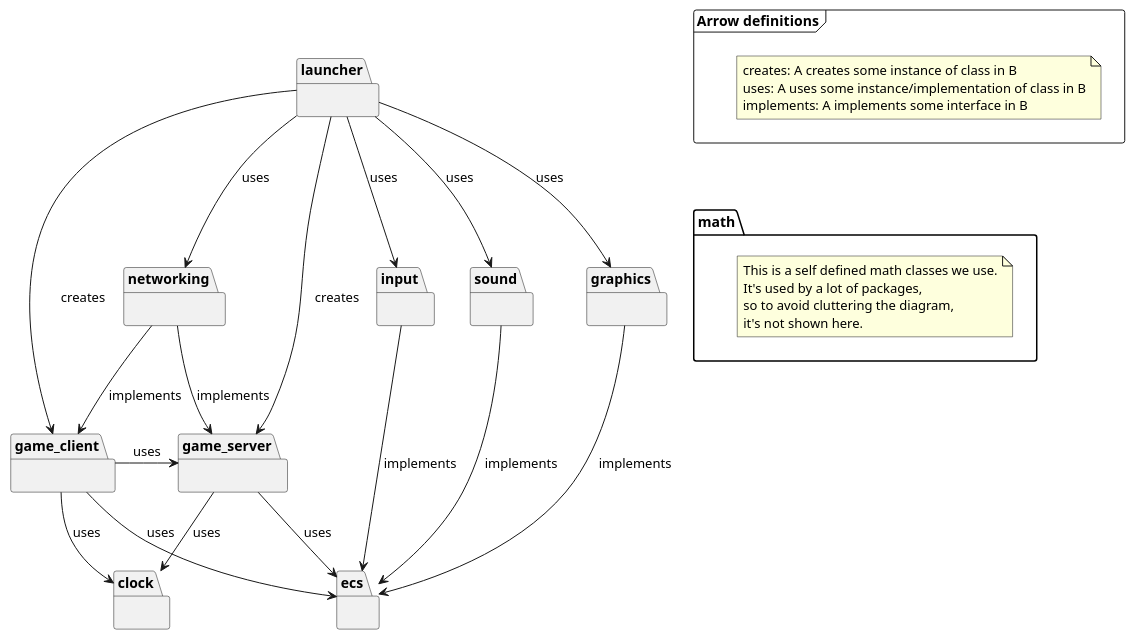
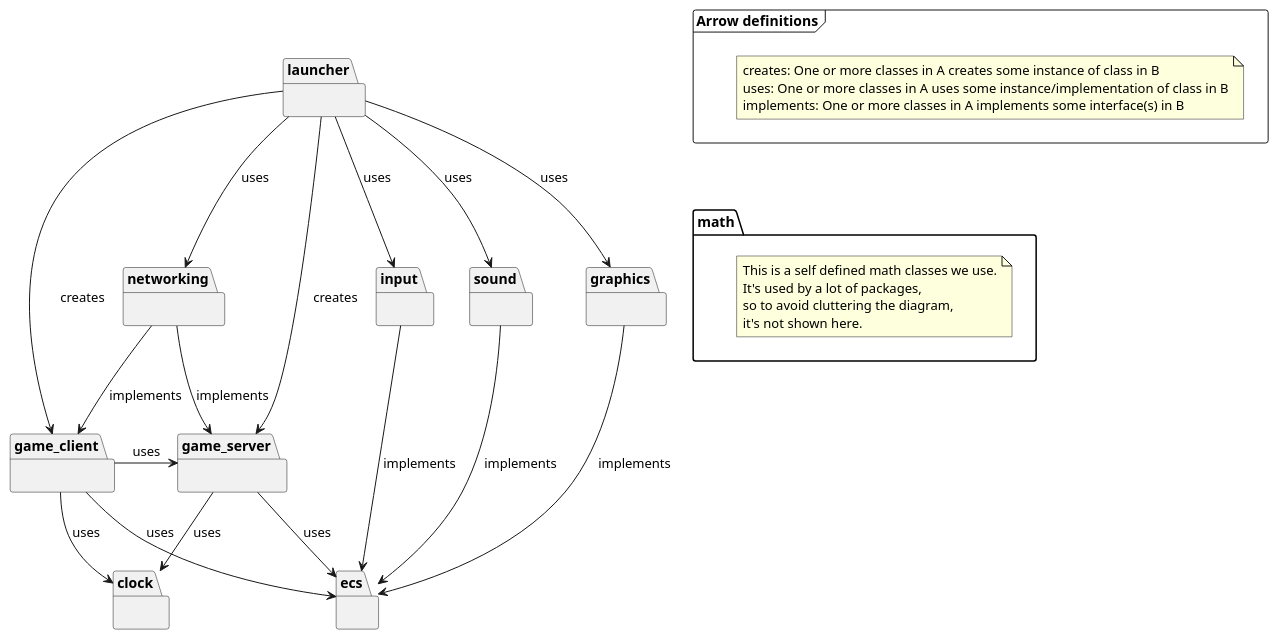
One commit to SverreNystad/besieged changed the diagram in docs/diagrams/package.puml. Above: the diagram before and after it, drawn with PlantUML.

Commit message:
update: package diagram

```diff
--- a/docs/diagrams/package.puml
+++ b/docs/diagrams/package.puml
@@ -1,72 +1,72 @@
 @startuml
 
 frame "Arrow definitions" {
-    note "creates: A creates some instance of class in B\nuses: A uses some instance/implementation of class in B\nimplements: A implements some interface in B" as definitionNote
+    note "creates: One or more classes in A creates some instance of class in B\nuses: One or more classes in A uses some instance/implementation of class in B\nimplements: One or more classes in A implements some interface(s) in B" as definitionNote
 }
 
 package "clock" {
 
 }
 
 package "ecs" {
 
 }
 
 package "game_client" {
     
 }
 
 package "game_server" {
 
 }
 
 package "graphics" {
     
 }
 
 package "input" {
     
 }
 
 package "launcher" {
     
 }
 
 package "math" {
     note "This is a self defined math classes we use.\nIt's used by a lot of packages,\nso to avoid cluttering the diagram,\nit's not shown here." as mathNote
 }
 
 package "networking" {
     
 }
 
 package "sound" {
     
 }
 
 math -[hidden]up-> "Arrow definitions"
 
 launcher --> game_client : creates
 launcher --> game_server : creates
 
 launcher --> input : uses
 launcher --> graphics : uses
 launcher --> sound : uses
 launcher --> networking : uses
 
 graphics --> ecs : implements
 input --> ecs : implements
 sound --> ecs : implements
 
 networking --> game_client : implements
 networking --> game_server : implements
 
 game_client -down-> ecs : uses
 game_server -down-> ecs : uses
 
 game_server --> clock : uses
 game_client --> clock : uses
 
 game_client -right-> game_server : uses
 
 @enduml
```
